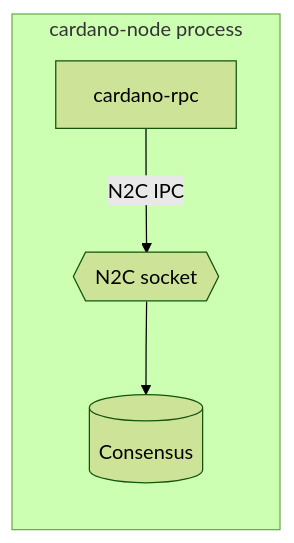
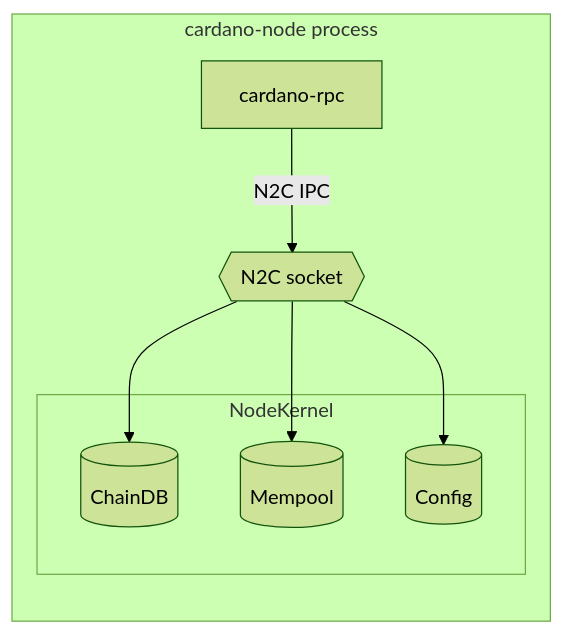
One commit to input-output-hk/cardano-node-wiki changed the first of 2 diagrams in docs/ADR-019-node-kernel-access-for-cardano-rpc.md. Above: the diagram before and after it, drawn with Mermaid (forest theme). The commit also changed other lines of this file, not shown here.

Commit message:
ADR-019: address review - clarify diagrams, monad polymorphism, RPC count

````diff
--- a/docs/ADR-019-node-kernel-access-for-cardano-rpc.md
+++ b/docs/ADR-019-node-kernel-access-for-cardano-rpc.md
@@ -18,10 +18,16 @@
 ```mermaid
 graph LR
     subgraph node["cardano-node process"]
         rpc["cardano-rpc"]
         n2c{{"N2C socket"}}
-        consensus[("Consensus")]
+        subgraph kernel["NodeKernel"]
+            chaindb[("ChainDB")]
+            mempool[("Mempool")]
+            config[("Config")]
+        end
         rpc -- "N2C IPC" --> n2c
-        n2c --> consensus
+        n2c --> chaindb
+        n2c --> mempool
+        n2c --> config
     end
 ```
````
